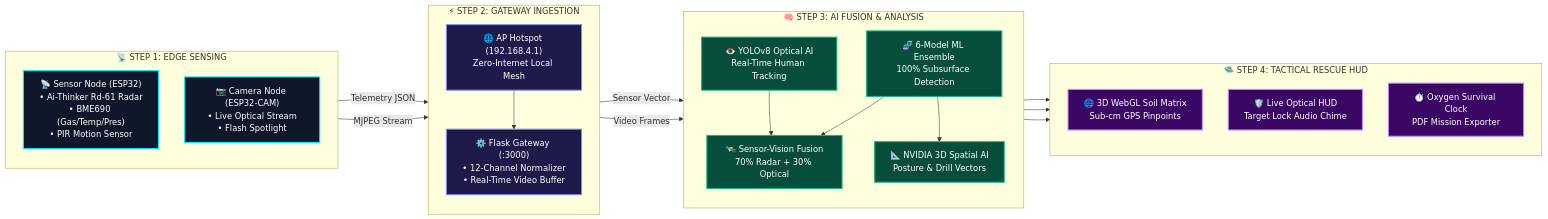
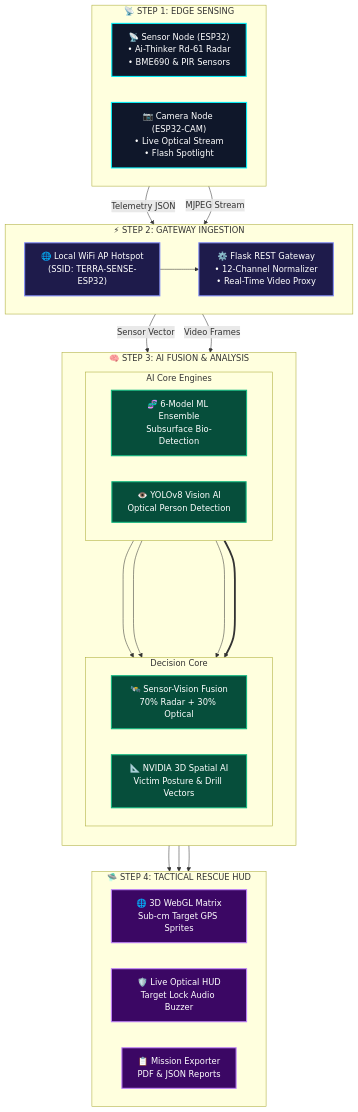
Before and after one commit to Mohilc/intershipproject: the first of 2 diagrams in README.md, drawn with Mermaid.

Commit message:
docs: improve workflow diagram layout for better readability and scaling in markdown preview

````diff
--- a/README.md
+++ b/README.md
@@ -70,48 +70,55 @@
 ```mermaid
-flowchart LR
+flowchart TB
     %% Custom Styling
     classDef input fill:#0f172a,stroke:#00f2fe,stroke-width:2px,color:#fff;
     classDef process fill:#1e1b4b,stroke:#818cf8,stroke-width:2px,color:#fff;
     classDef ai fill:#064e3b,stroke:#10b981,stroke-width:2px,color:#fff;
     classDef output fill:#3b0764,stroke:#c084fc,stroke-width:2px,color:#fff;
 
     subgraph P1 ["📡 STEP 1: EDGE SENSING"]
-        direction TB
-        S1["📡 Sensor Node (ESP32)<br>• Ai-Thinker Rd-61 Radar<br>• BME690 (Gas/Temp/Pres)<br>• PIR Motion Sensor"]:::input
+        direction LR
+        S1["📡 Sensor Node (ESP32)<br>• Ai-Thinker Rd-61 Radar<br>• BME690 & PIR Sensors"]:::input
         S2["📷 Camera Node (ESP32-CAM)<br>• Live Optical Stream<br>• Flash Spotlight"]:::input
     end
 
     subgraph P2 ["⚡ STEP 2: GATEWAY INGESTION"]
-        direction TB
-        G1["🌐 AP Hotspot (192.168.4.1)<br>Zero-Internet Local Mesh"]:::process
-        G2["⚙️ Flask Gateway (:3000)<br>• 12-Channel Normalizer<br>• Real-Time Video Buffer"]:::process
+        direction LR
+        G1["🌐 Local WiFi AP Hotspot<br>(SSID: TERRA-SENSE-ESP32)"]:::process
+        G2["⚙️ Flask REST Gateway<br>• 12-Channel Normalizer<br>• Real-Time Video Proxy"]:::process
     end
 
     subgraph P3 ["🧠 STEP 3: AI FUSION & ANALYSIS"]
         direction TB
-        AI1["🧬 6-Model ML Ensemble<br>100% Subsurface Detection"]:::ai
-        AI2["👁️ YOLOv8 Optical AI<br>Real-Time Human Tracking"]:::ai
-        AI3["🛰️ Sensor-Vision Fusion<br>70% Radar + 30% Optical"]:::ai
-        AI4["📐 NVIDIA 3D Spatial AI<br>Posture & Drill Vectors"]:::ai
+        subgraph P3_A ["AI Core Engines"]
+            direction LR
+            AI1["🧬 6-Model ML Ensemble<br>Subsurface Bio-Detection"]:::ai
+            AI2["👁️ YOLOv8 Vision AI<br>Optical Person Detection"]:::ai
+        end
+        subgraph P3_B ["Decision Core"]
+            direction LR
+            AI3["🛰️ Sensor-Vision Fusion<br>70% Radar + 30% Optical"]:::ai
+            AI4["📐 NVIDIA 3D Spatial AI<br>Victim Posture & Drill Vectors"]:::ai
+        end
+        P3_A ====> P3_B
     end
 
     subgraph P4 ["🛸 STEP 4: TACTICAL RESCUE HUD"]
-        direction TB
-        O1["🌐 3D WebGL Soil Matrix<br>Sub-cm GPS Pinpoints"]:::output
-        O2["🛡️ Live Optical HUD<br>Target Lock Audio Chime"]:::output
-        O3["⏱️ Oxygen Survival Clock<br>PDF Mission Exporter"]:::output
+        direction LR
+        O1["🌐 3D WebGL Matrix<br>Sub-cm Target GPS Sprites"]:::output
+        O2["🛡️ Live Optical HUD<br>Target Lock Audio Buzzer"]:::output
+        O3["📋 Mission Exporter<br>PDF & JSON Reports"]:::output
     end
 
     %% Pipeline Connections
     S1 -->|Telemetry JSON| G1
     S2 -->|MJPEG Stream| G1
     G1 --> G2
     G2 -->|Sensor Vector| AI1
     G2 -->|Video Frames| AI2
     AI1 --> AI3
     AI2 --> AI3
     AI1 --> AI4
     AI3 --> O1
     AI2 --> O2
     AI4 --> O3
 ```
````
